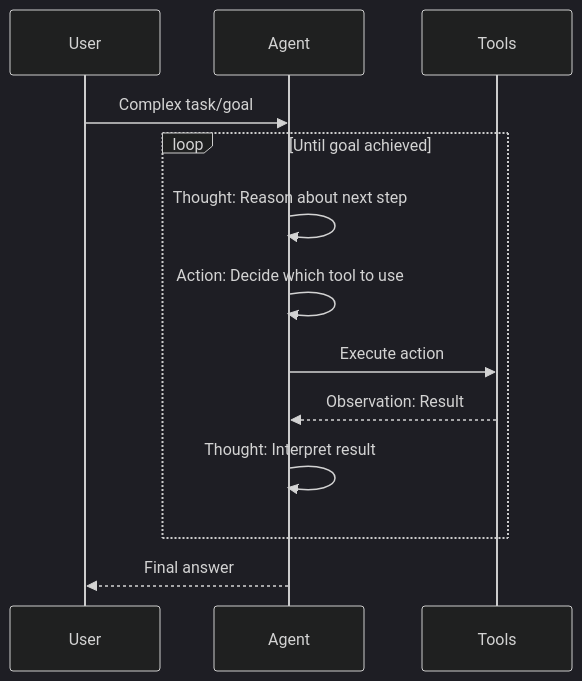
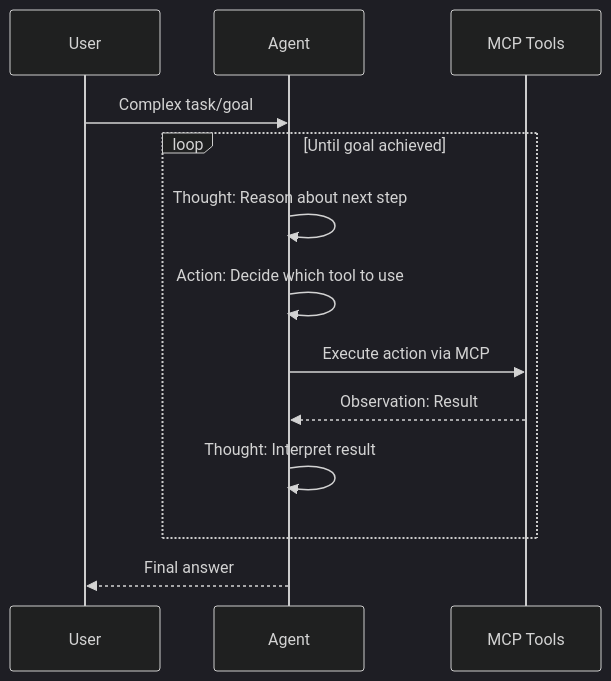
Before and after one commit to DreamLab-AI/dreamlab-ai-website: the fourth of 5 diagrams in public/data/workshops/workshop-04-morning-ai-agents/00_introduction.md, drawn with Mermaid (dark theme). The commit also changed other lines of this file and 111 other files, not shown here.

````diff
--- a/public/data/workshops/workshop-04-morning-ai-agents/00_introduction.md
+++ b/public/data/workshops/workshop-04-morning-ai-agents/00_introduction.md
@@ -141,18 +157,18 @@
 ```mermaid
 sequenceDiagram
     participant User
     participant Agent
-    participant Tools
+    participant MCP Tools
 
     User->>Agent: Complex task/goal
 
     loop Until goal achieved
         Agent->>Agent: Thought: Reason about next step
         Agent->>Agent: Action: Decide which tool to use
-        Agent->>Tools: Execute action
-        Tools-->>Agent: Observation: Result
+        Agent->>MCP Tools: Execute action via MCP
+        MCP Tools-->>Agent: Observation: Result
         Agent->>Agent: Thought: Interpret result
     end
 
     Agent-->>User: Final answer
 ```
````
